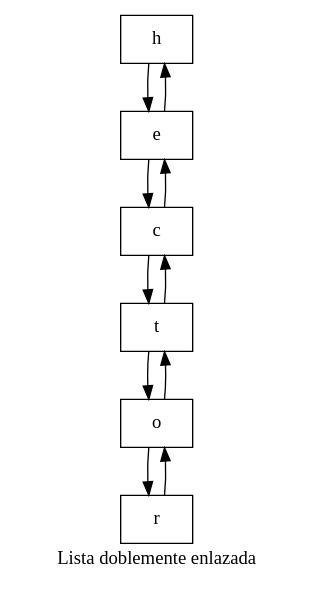
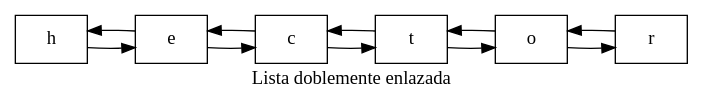
Before and after one commit to hr9457/EDD_1S2020_P1_201314296: the diagram in ArchivosDot/ListaDobleEnlazada.dot, drawn with Graphviz. The commit also changed 5 other files, not shown here.

```diff
--- a/ArchivosDot/ListaDobleEnlazada.dot
+++ b/ArchivosDot/ListaDobleEnlazada.dot
@@ -1,19 +1,20 @@
 digraph ListaDobleEnlazada {
-Nodo0[shape=box,label=h];
-Nodo1[shape=box,label=e];
-Nodo2[shape=box,label=c];
-Nodo3[shape=box,label=t];
-Nodo4[shape=box,label=o];
-Nodo5[shape=box,label=r];
+rankdir=LR;
+Nodo0[shape=box,label="h"];
+Nodo1[shape=box,label="e"];
+Nodo2[shape=box,label="c"];
+Nodo3[shape=box,label="t"];
+Nodo4[shape=box,label="o"];
+Nodo5[shape=box,label="r"];
 Nodo0->Nodo1;
 Nodo1->Nodo0;
 Nodo1->Nodo2;
 Nodo2->Nodo1;
 Nodo2->Nodo3;
 Nodo3->Nodo2;
 Nodo3->Nodo4;
 Nodo4->Nodo3;
 Nodo4->Nodo5;
 Nodo5->Nodo4;
 label = " Lista doblemente enlazada" 
 }
```
